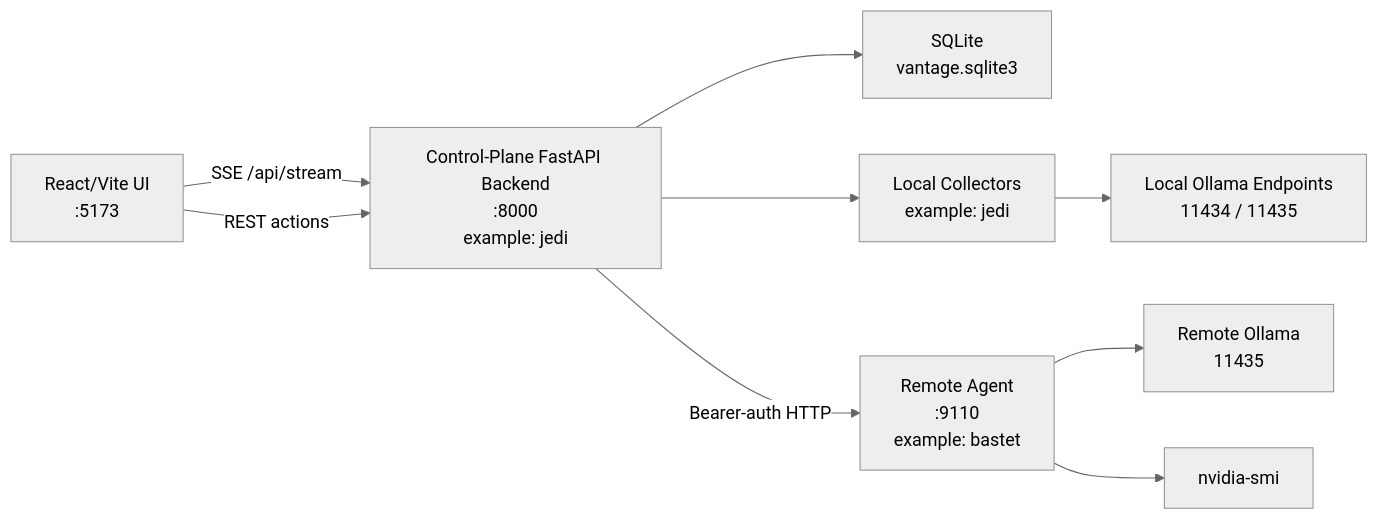
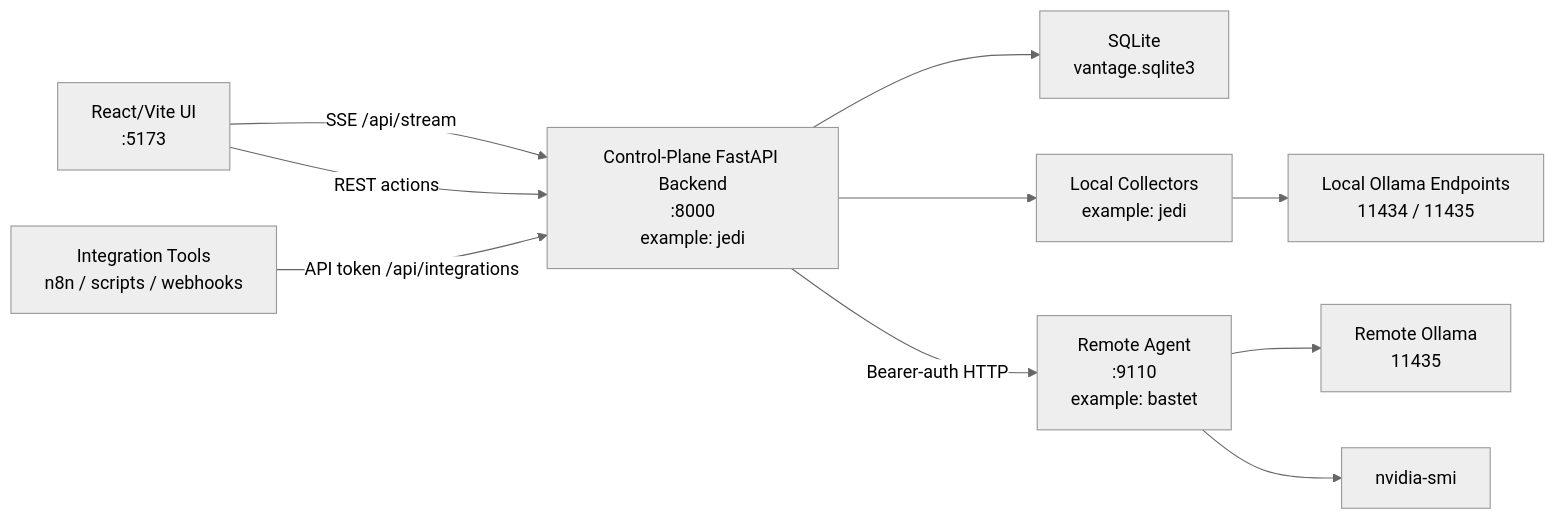
The first of 2 diagrams in ARCHITECTURE.md (jbright471/Vantage), drawn with Mermaid (neutral theme) before and after one commit. The commit also changed other lines of this file and 92 other files, not shown here.

````diff
--- a/ARCHITECTURE.md
+++ b/ARCHITECTURE.md
@@ -15,20 +16,22 @@
 ```mermaid
 flowchart LR
     Browser["React/Vite UI<br/><operator-host>:5173"]
     Backend["Control-Plane FastAPI Backend<br/><control-plane-host>:8000<br/>example: jedi"]
     DB["SQLite<br/>vantage.sqlite3"]
     LocalCollectors["Local Collectors<br/>example: jedi"]
+    Integrations["Integration Tools<br/>n8n / scripts / webhooks"]
     OllamaJ["Local Ollama Endpoints<br/>11434 / 11435"]
     Agent["Remote Agent<br/><remote-agent-ip>:9110<br/>example: bastet"]
     OllamaB["Remote Ollama<br/>11435"]
     GPU["nvidia-smi"]
 
     Browser -- "SSE /api/stream" --> Backend
     Browser -- "REST actions" --> Backend
+    Integrations -- "API token /api/integrations" --> Backend
     Backend --> DB
     Backend --> LocalCollectors
     LocalCollectors --> OllamaJ
     Backend -- "Bearer-auth HTTP" --> Agent
     Agent --> OllamaB
     Agent --> GPU
 ```
````
